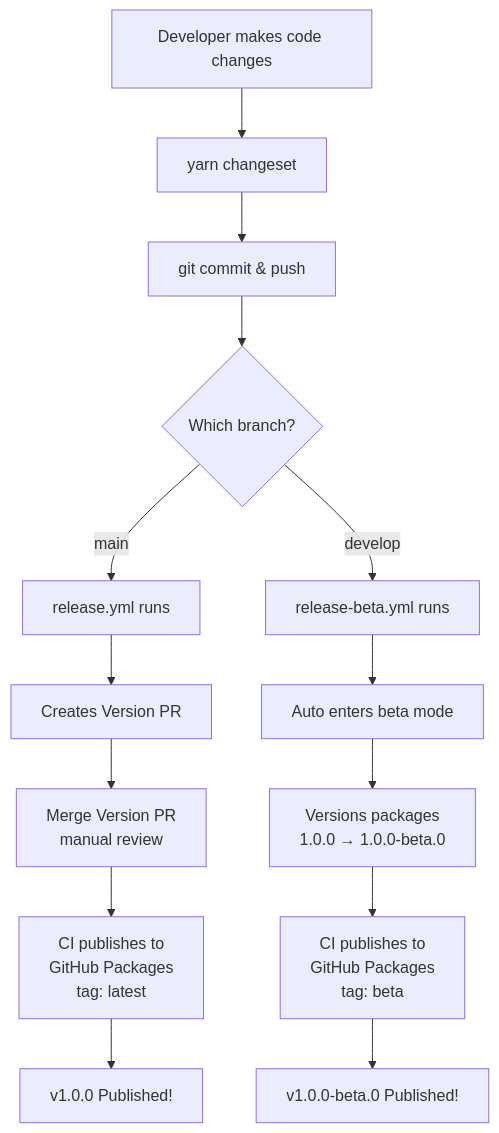
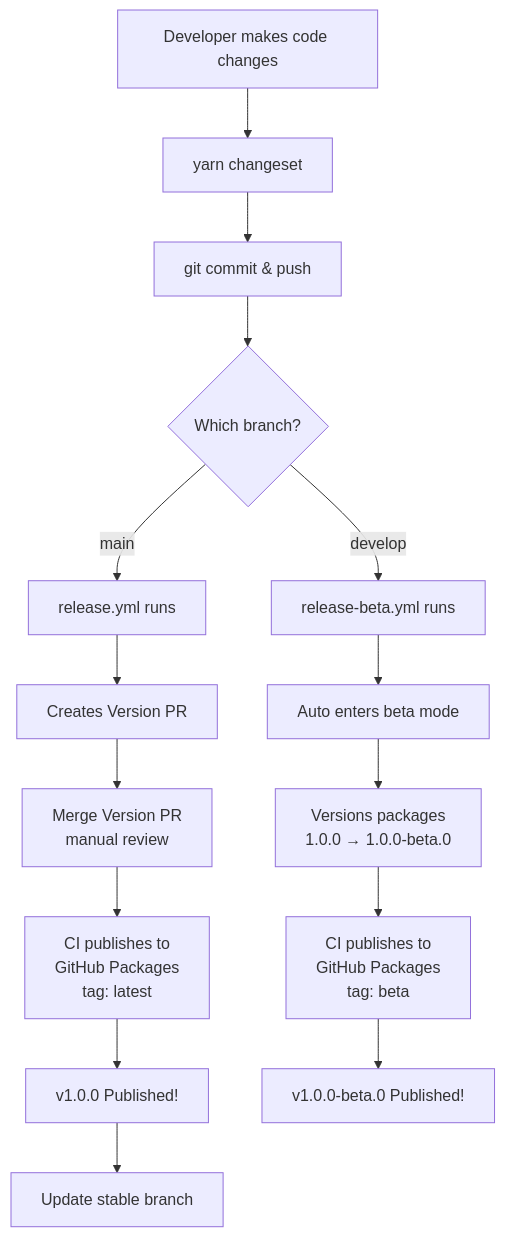
Before and after one commit to Phathdt/mono-sdk: the first of 2 diagrams in docs/release-workflow.md, drawn with Mermaid. The commit also changed other lines of this file and 1 other file, not shown here.

Commit message:
docs: add stable branch info to README and release-workflow

````diff
--- a/docs/release-workflow.md
+++ b/docs/release-workflow.md
@@ -18,21 +19,23 @@
 ```mermaid
 flowchart TD
     A[Developer makes code changes] --> B[yarn changeset]
     B --> C[git commit & push]
     C --> D{Which branch?}
 
     D -->|main| E[release.yml runs]
     D -->|develop| F[release-beta.yml runs]
 
     E --> G[Creates Version PR]
     F --> H[Auto enters beta mode]
 
     G --> I[Merge Version PR<br/>manual review]
     H --> J[Versions packages<br/>1.0.0 → 1.0.0-beta.0]
 
     I --> K[CI publishes to<br/>GitHub Packages<br/>tag: latest]
     J --> L[CI publishes to<br/>GitHub Packages<br/>tag: beta]
 
     K --> M[v1.0.0 Published!]
     L --> N[v1.0.0-beta.0 Published!]
+
+    M --> O[Update stable branch]
 ```
````
